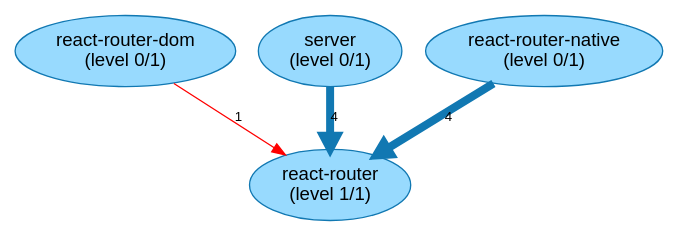
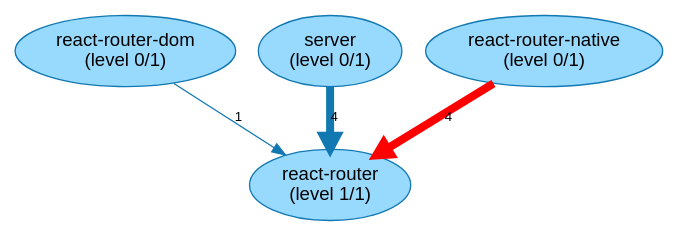
One commit to JohT/code-graph-analysis-pipeline changed the diagram in results/react-router-6.28.1/path-finding-visualization/TypeScriptModuleLongestPaths.gv. Above: the diagram before and after it, drawn with Graphviz. The commit also changed 48 other files, not shown here.

```diff
--- a/results/react-router-6.28.1/path-finding-visualization/TypeScriptModuleLongestPaths.gv
+++ b/results/react-router-6.28.1/path-finding-visualization/TypeScriptModuleLongestPaths.gv
@@ -1,13 +1,13 @@
 // This GraphViz dot file was generated by the script convertQueryResultCsvToGraphVizDotFile.sh with default.template
 
 strict digraph TypeScriptModuleLongestPaths {
     fontname = "Helvetica,Arial,sans-serif";
     node [fontname = "Helvetica,Arial,sans-serif";];
     edge [fontname = "Helvetica,Arial,sans-serif"; fontsize = 10;];
     node [style = filled; fillcolor = "0.560 0.400 0.999";];
     node [color = "0.560 0.900 0.700";];
     edge [color = "0.560 0.900 0.700";];
-	"react-router-dom\n(level 0/1)" -> "react-router\n(level 1/1)" [label=1; penwidth=1.0; color="red"; ];
+	"react-router-dom\n(level 0/1)" -> "react-router\n(level 1/1)" [label=1; penwidth=1.0; ];
 	"server\n(level 0/1)" -> "react-router\n(level 1/1)" [label=4; penwidth=6.0; ];
-	"react-router-native\n(level 0/1)" -> "react-router\n(level 1/1)" [label=4; penwidth=6.0; ];
+	"react-router-native\n(level 0/1)" -> "react-router\n(level 1/1)" [label=4; penwidth=6.0; color="red"; ];
 }
```
